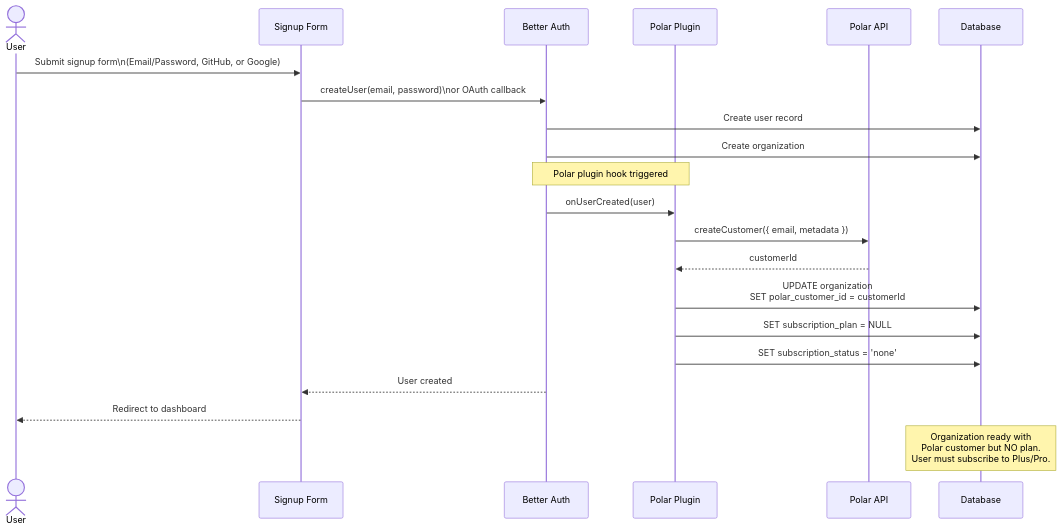
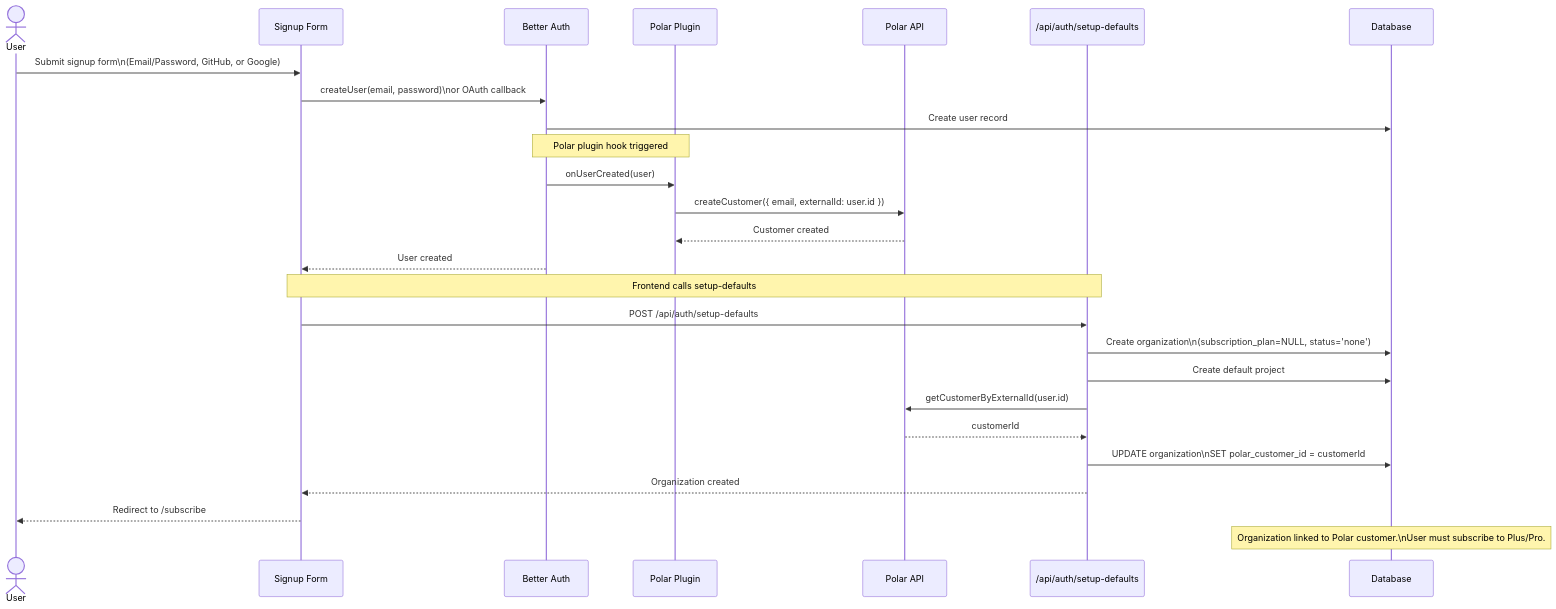
The second of 9 diagrams in specs/08-operations/POLAR_BILLING_INTEGRATION.md (supercheck-io/supercheck), drawn with Mermaid before and after one commit. The commit also changed other lines of this file and 13 other files, not shown here.

First line of the commit message:
refactor: Improve subscription verification flow and cloud mode checks across authentication and billing pages

````diff
--- a/specs/08-operations/POLAR_BILLING_INTEGRATION.md
+++ b/specs/08-operations/POLAR_BILLING_INTEGRATION.md
@@ -193,28 +228,36 @@
 ```mermaid
 sequenceDiagram
     actor User
     participant UI as Signup Form
     participant BetterAuth as Better Auth
     participant PolarPlugin as Polar Plugin
     participant PolarAPI as Polar API
+    participant SetupAPI as /api/auth/setup-defaults
     participant DB as Database
 
     User->>UI: Submit signup form\n(Email/Password, GitHub, or Google)
     UI->>BetterAuth: createUser(email, password)\nor OAuth callback
     BetterAuth->>DB: Create user record
-    BetterAuth->>DB: Create organization
 
     Note over BetterAuth,PolarPlugin: Polar plugin hook triggered
 
     BetterAuth->>PolarPlugin: onUserCreated(user)
-    PolarPlugin->>PolarAPI: createCustomer({ email, metadata })
-    PolarAPI-->>PolarPlugin: customerId
-    PolarPlugin->>DB: UPDATE organization<br/>SET polar_customer_id = customerId
-    PolarPlugin->>DB: SET subscription_plan = NULL
-    PolarPlugin->>DB: SET subscription_status = 'none'
+    PolarPlugin->>PolarAPI: createCustomer({ email, externalId: user.id })
+    PolarAPI-->>PolarPlugin: Customer created
 
     BetterAuth-->>UI: User created
-    UI-->>User: Redirect to dashboard
 
-    Note over DB: Organization ready with<br/>Polar customer but NO plan.<br/>User must subscribe to Plus/Pro.
+    Note over UI,SetupAPI: Frontend calls setup-defaults
+
+    UI->>SetupAPI: POST /api/auth/setup-defaults
+    SetupAPI->>DB: Create organization\n(subscription_plan=NULL, status='none')
+    SetupAPI->>DB: Create default project
+    SetupAPI->>PolarAPI: getCustomerByExternalId(user.id)
+    PolarAPI-->>SetupAPI: customerId
+    SetupAPI->>DB: UPDATE organization\nSET polar_customer_id = customerId
+    SetupAPI-->>UI: Organization created
+
+    UI-->>User: Redirect to /subscribe
+
+    Note over DB: Organization linked to Polar customer.\nUser must subscribe to Plus/Pro.
 ```
````
